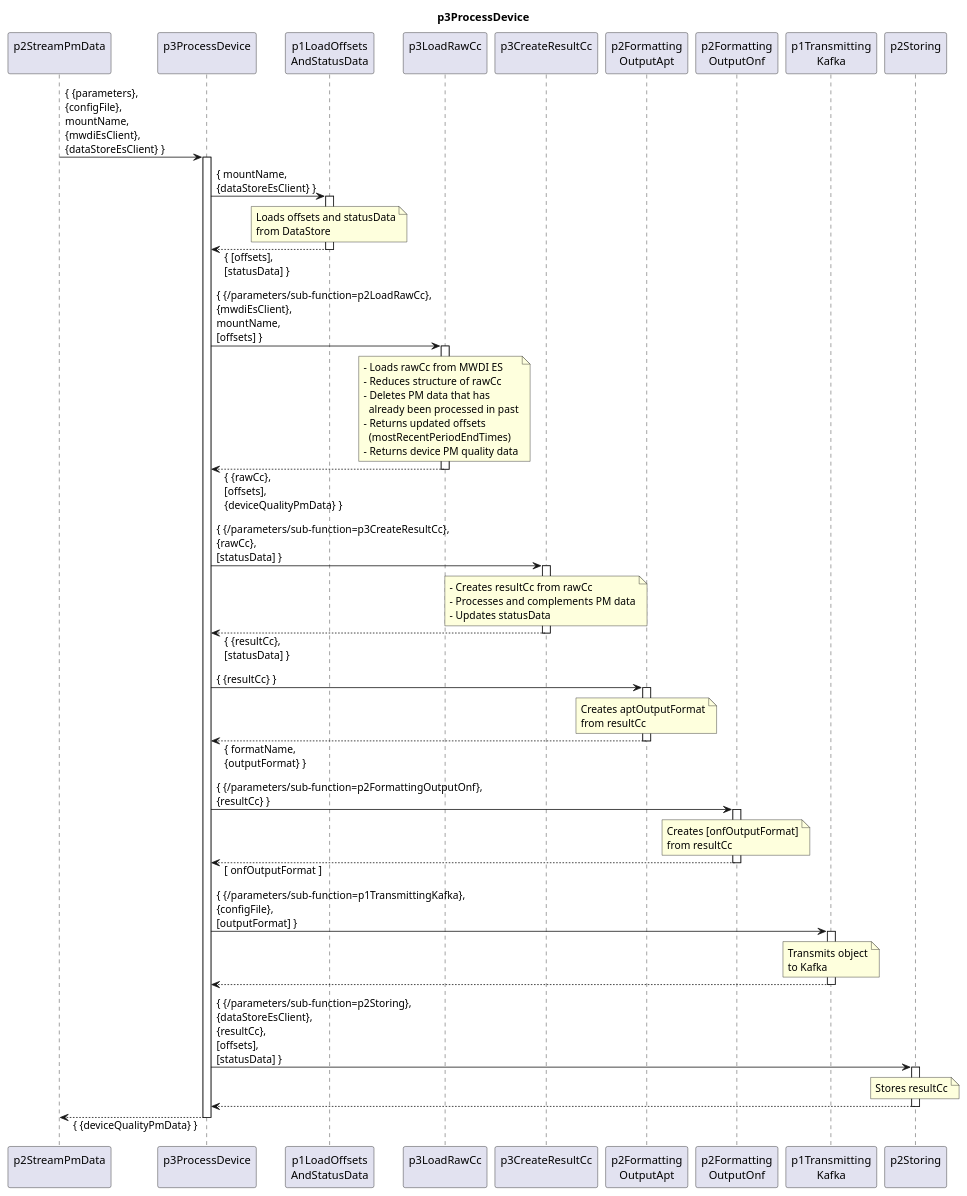
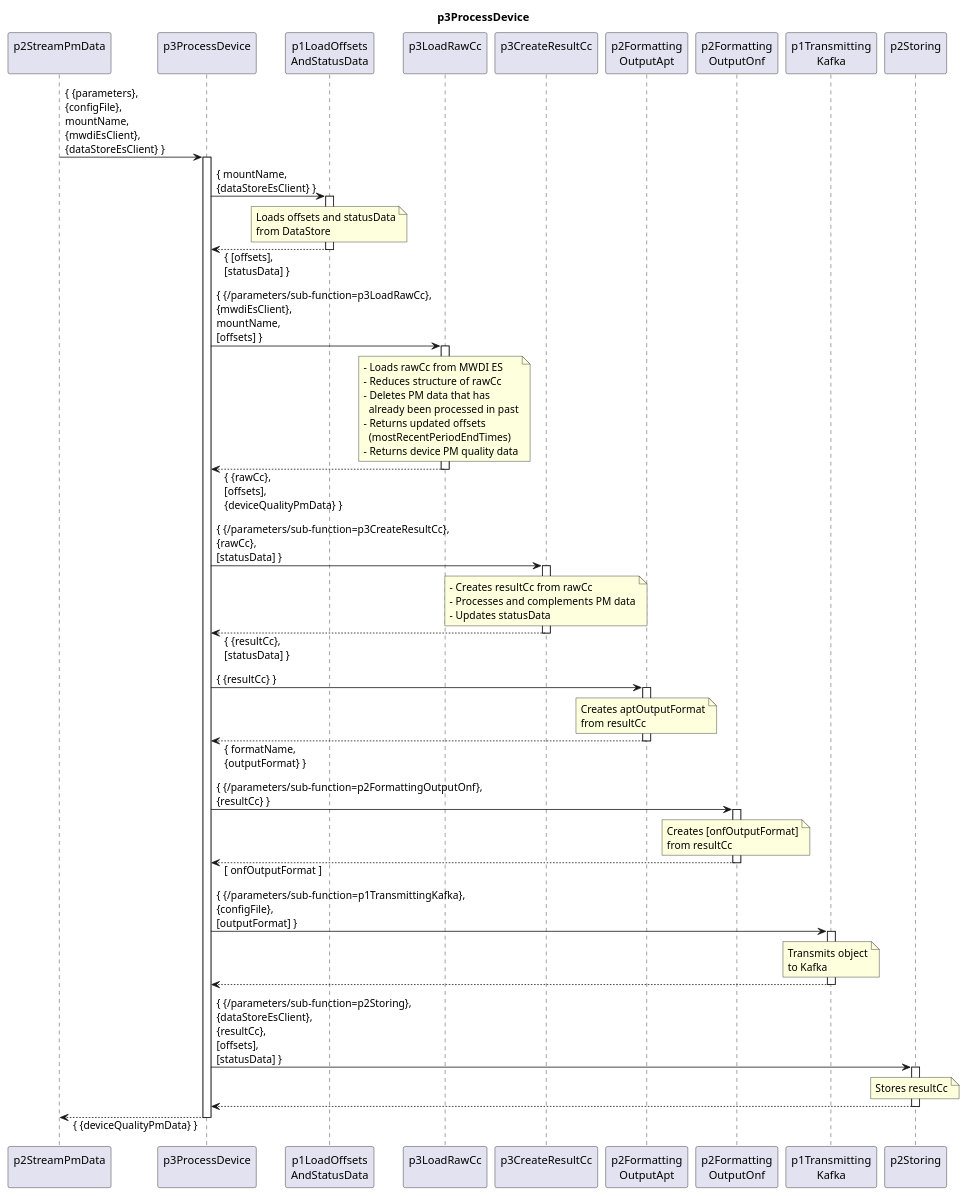
One commit to openBackhaul/DevicePerformanceManagementDataProcessor changed the diagram in spec/Functions/p2StreamPmData/p3ProcessDevice/1.0.0/p3ProcessDevice.plantuml. Above: the diagram before and after it, drawn with PlantUML. The commit also changed 3 other files, not shown here.

Commit message:
fixed errors in diagrams

```diff
--- a/spec/Functions/p2StreamPmData/p3ProcessDevice/1.0.0/p3ProcessDevice.plantuml
+++ b/spec/Functions/p2StreamPmData/p3ProcessDevice/1.0.0/p3ProcessDevice.plantuml
@@ -1,114 +1,114 @@
 @startuml p3ProcessDevice
 skinparam responseMessageBelowArrow true
 
 title
   p3ProcessDevice
 end title
 
 participant "p2StreamPmData\n" as requestor
 participant "p3ProcessDevice\n" as cur
 participant "p1LoadOffsets\nAndStatusData" as p1Offset
 participant "p3LoadRawCc\n" as p3AddRaw
 participant "p3CreateResultCc\n" as p3CreateResCc
 participant "p2Formatting\nOutputApt" as p2OutputApt
 participant "p2Formatting\nOutputOnf" as p2OutputOnf
 participant "p1Transmitting\nKafka" as p1Trans
 participant "p2Storing\n" as p2Store
 
 requestor -> cur : { {parameters},\n{configFile},\nmountName,\n{mwdiEsClient},\n{dataStoreEsClient} }
 activate cur
 
   'LoadOffsetsAndStatusData
   cur -> p1Offset: { mountName,\n{dataStoreEsClient} }
   activate p1Offset
 
     note over p1Offset
       Loads offsets and statusData
       from DataStore
     end note
 
   cur <-- p1Offset: { [offsets],\n[statusData] }
   deactivate p1Offset
 
   'LoadRawCc
-  cur -> p3AddRaw : { {/parameters/sub-function=p2LoadRawCc},\n{mwdiEsClient},\nmountName,\n[offsets] }
+  cur -> p3AddRaw : { {/parameters/sub-function=p3LoadRawCc},\n{mwdiEsClient},\nmountName,\n[offsets] }
   activate p3AddRaw
 
     note over p3AddRaw
       - Loads rawCc from MWDI ES
       - Reduces structure of rawCc
       - Deletes PM data that has
         already been processed in past
       - Returns updated offsets
         (mostRecentPeriodEndTimes)
       - Returns device PM quality data
     end note
 
   cur <-- p3AddRaw : { {rawCc},\n[offsets],\n{deviceQualityPmData} }
   deactivate p3AddRaw
 
   'CreateResultCc
   cur -> p3CreateResCc : { {/parameters/sub-function=p3CreateResultCc},\n{rawCc},\n[statusData] }
   activate p3CreateResCc
 
     note over p3CreateResCc
       - Creates resultCc from rawCc
       - Processes and complements PM data
       - Updates statusData
     end note
 
   cur <-- p3CreateResCc :  { {resultCc},\n[statusData] }
   deactivate p3CreateResCc
 
   'FormattingOutputApt
   cur -> p2OutputApt : { {resultCc} }
   activate p2OutputApt
 
     note over p2OutputApt
       Creates aptOutputFormat
       from resultCc
     end note
 
   cur <-- p2OutputApt : { formatName,\n{outputFormat} }
   deactivate p2OutputApt
 
   'FormattingOutputOnf
   cur -> p2OutputOnf : { {/parameters/sub-function=p2FormattingOutputOnf},\n{resultCc} }
   activate p2OutputOnf
 
     note over p2OutputOnf
       Creates [onfOutputFormat]
       from resultCc
     end note
 
   cur <-- p2OutputOnf : [ onfOutputFormat ]
   deactivate p2OutputOnf
 
   'TransmittingKafka
   cur -> p1Trans : { {/parameters/sub-function=p1TransmittingKafka},\n{configFile},\n[outputFormat] }
   activate p1Trans
 
     note over p1Trans
       Transmits object
       to Kafka
     end note
 
   cur <-- p1Trans
   deactivate p1Trans
 
   'Storing
   cur -> p2Store : { {/parameters/sub-function=p2Storing},\n{dataStoreEsClient},\n{resultCc},\n[offsets],\n[statusData] }
   activate p2Store
 
     note over p2Store
       Stores resultCc
     end note
 
   cur <-- p2Store
   deactivate p2Store
 
   requestor <-- cur: { {deviceQualityPmData} }
 
 deactivate cur
 
 @enduml
```
